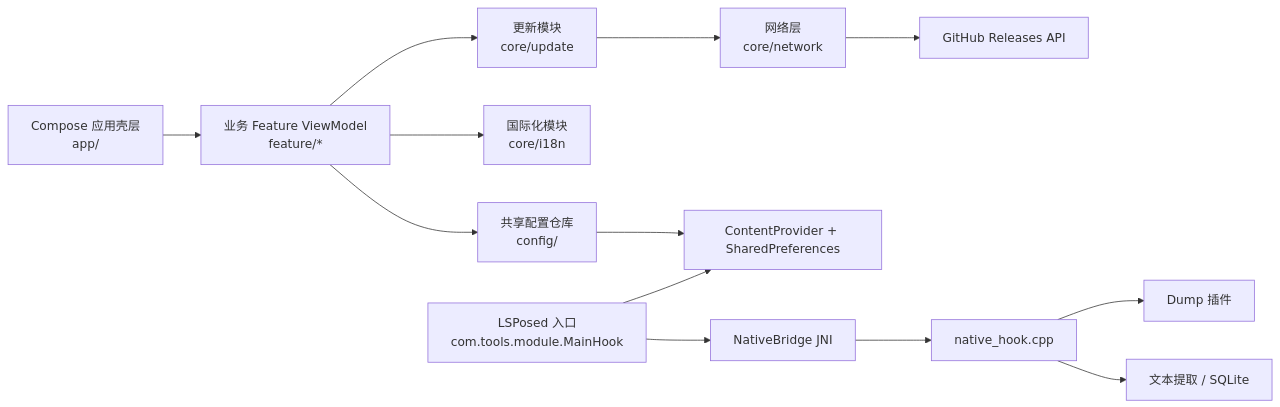
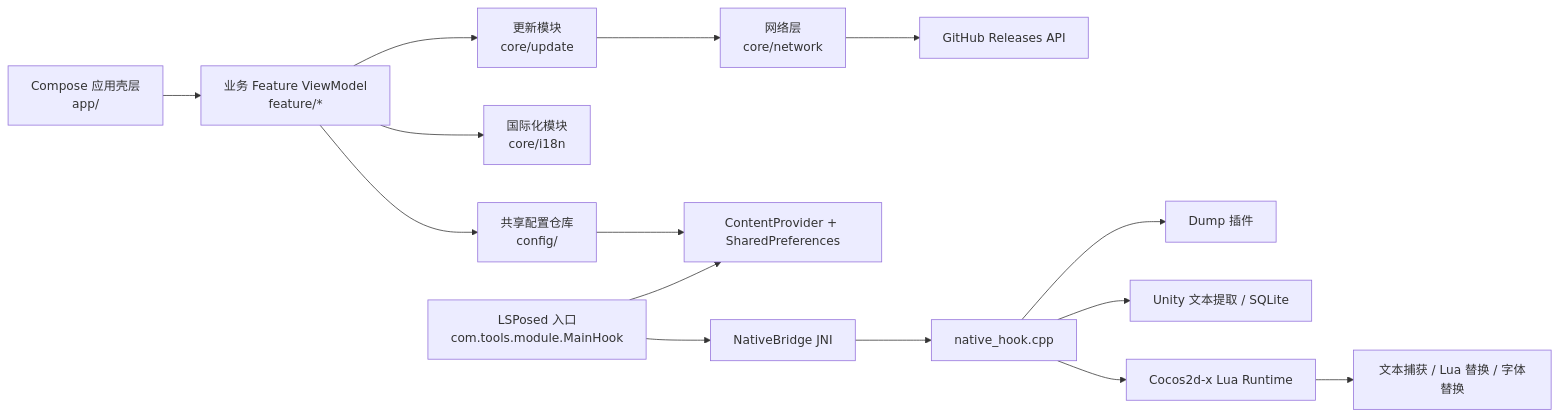
Before and after one commit to 1sLand99/il2Fusion: the first of 2 diagrams in README.md, drawn with Mermaid. The commit also changed other lines of this file and 1 other file, not shown here.

````diff
--- a/README.md
+++ b/README.md
@@ -20,15 +24,17 @@
 ```mermaid
 flowchart LR
     A["Compose 应用壳层<br/>app/"] --> B["业务 Feature ViewModel<br/>feature/*"]
     B --> C["共享配置仓库<br/>config/"]
     B --> D["国际化模块<br/>core/i18n"]
     B --> E["更新模块<br/>core/update"]
     E --> F["网络层<br/>core/network"]
     F --> G["GitHub Releases API"]
     C --> H["ContentProvider + SharedPreferences"]
     I["LSPosed 入口<br/>com.tools.module.MainHook"] --> H
     I --> J["NativeBridge JNI"]
     J --> K["native_hook.cpp"]
     K --> L["Dump 插件"]
-    K --> M["文本提取 / SQLite"]
+    K --> M["Unity 文本提取 / SQLite"]
+    K --> N["Cocos2d-x Lua Runtime"]
+    N --> O["文本捕获 / Lua 替换 / 字体替换"]
 ```
````
